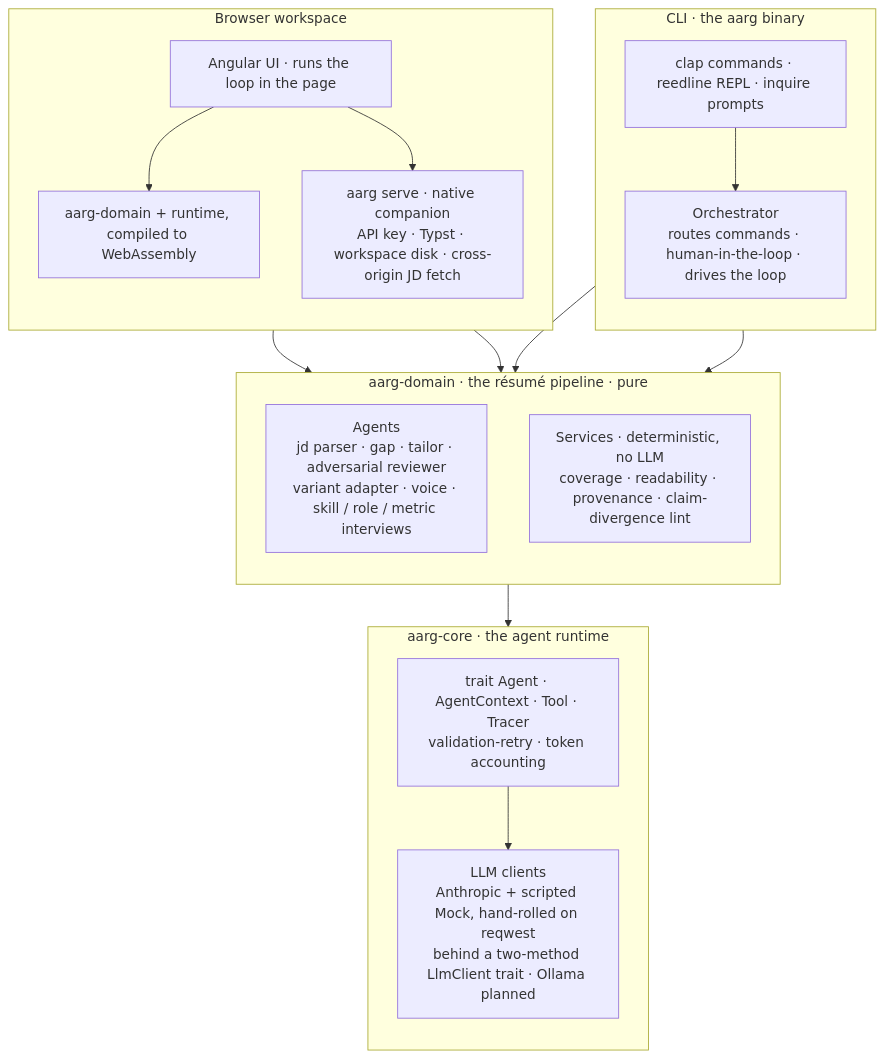
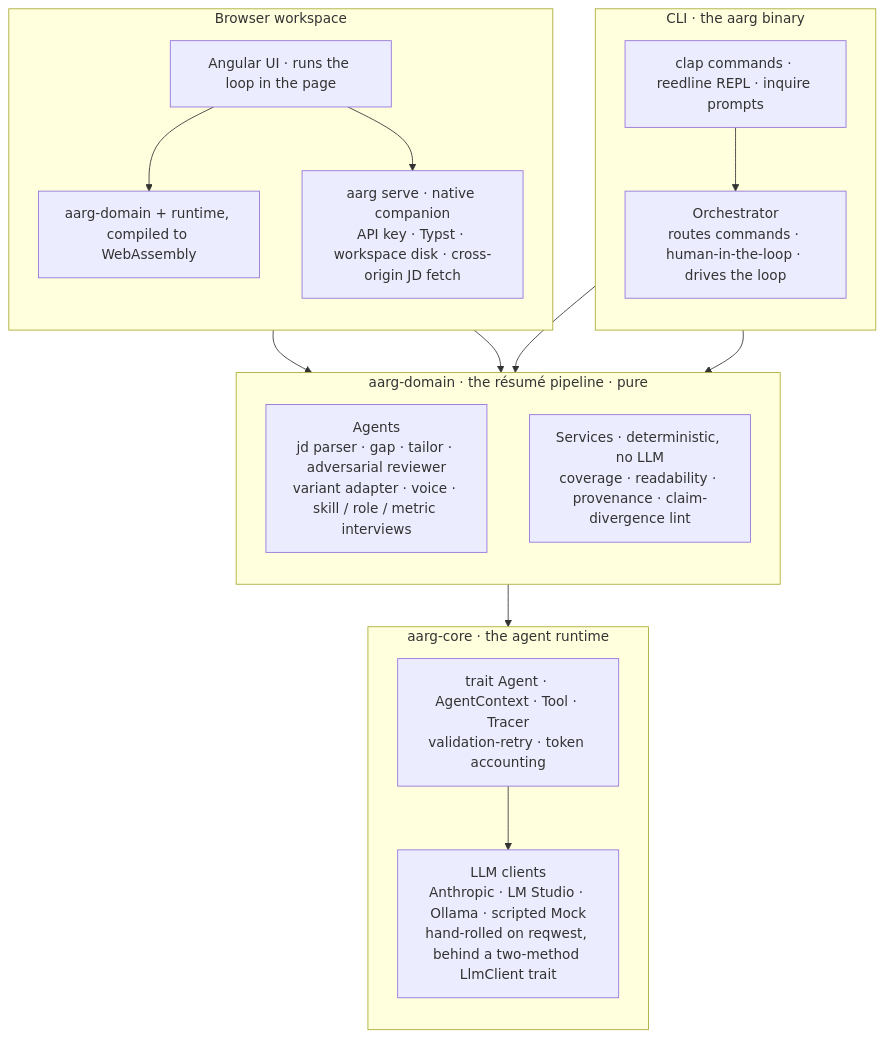
The diagram in README.md (joseym/aarg), drawn with Mermaid before and after one commit. The commit also changed other lines of this file, not shown here.

````diff
--- a/README.md
+++ b/README.md
@@ -387,33 +433,33 @@
 ```mermaid
 flowchart TB
     subgraph cli["CLI · the aarg binary"]
         direction TB
         CLIF["clap commands · reedline REPL · inquire prompts"]
         ORCH["Orchestrator<br/>routes commands · human-in-the-loop · drives the loop"]
         CLIF --> ORCH
     end
     subgraph web["Browser workspace"]
         direction TB
         NG["Angular UI · runs the loop in the page"]
         WASM["aarg-domain + runtime, compiled to WebAssembly"]
         SERVE["aarg serve · native companion<br/>API key · Typst · workspace disk · cross-origin JD fetch"]
         NG --> WASM
         NG --> SERVE
     end
     subgraph domain["aarg-domain · the résumé pipeline · pure"]
         direction TB
         AGENTS["Agents<br/>jd parser · gap · tailor · adversarial reviewer<br/>variant adapter · voice · skill / role / metric interviews"]
         SERVICES["Services · deterministic, no LLM<br/>coverage · readability · provenance · claim-divergence lint"]
     end
     subgraph core["aarg-core · the agent runtime"]
         direction TB
         RUNTIME["trait Agent · AgentContext · Tool · Tracer<br/>validation-retry · token accounting"]
-        CLIENTS["LLM clients<br/>Anthropic + scripted Mock, hand-rolled on reqwest<br/>behind a two-method LlmClient trait · Ollama planned"]
+        CLIENTS["LLM clients<br/>Anthropic · LM Studio · Ollama · scripted Mock<br/>hand-rolled on reqwest, behind a two-method LlmClient trait"]
         RUNTIME --> CLIENTS
     end
     ORCH --> AGENTS
     ORCH --> SERVICES
     WASM --> AGENTS
     WASM --> SERVICES
     AGENTS --> RUNTIME
 ```
````
